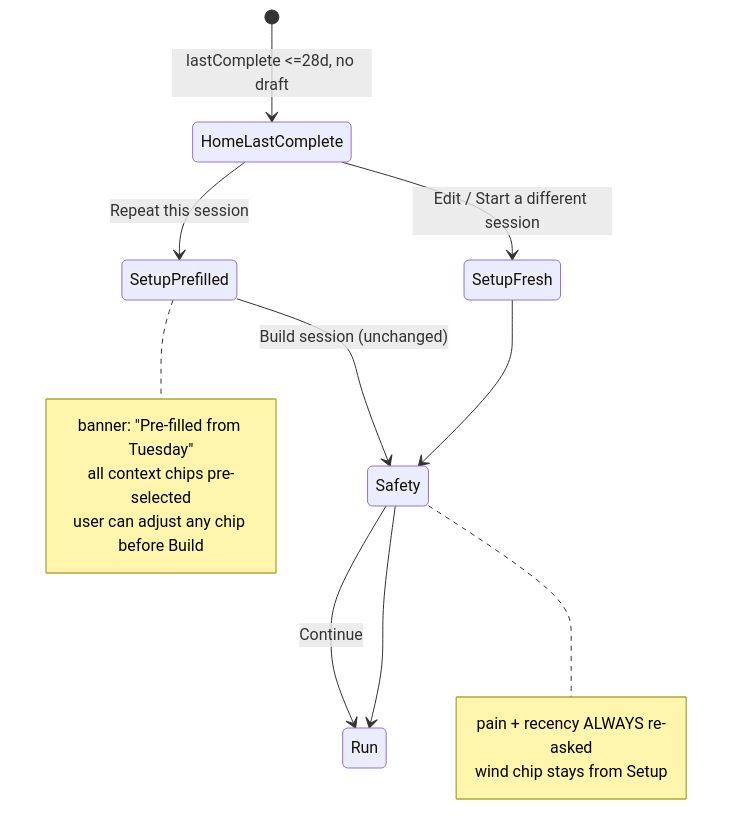
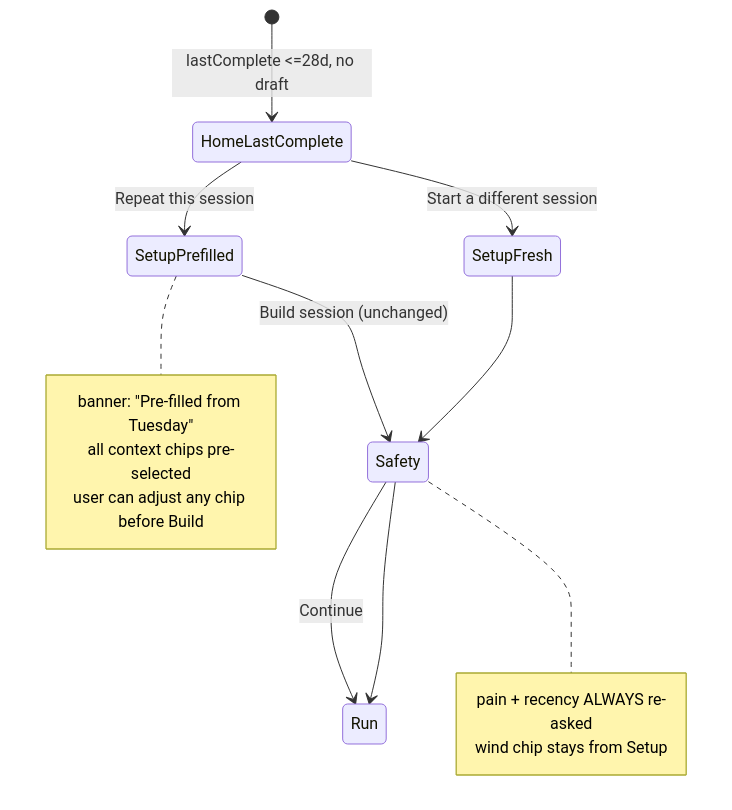
The third of 3 diagrams in docs/specs/m001-phase-c-ux-decisions.md (NickCorneau/volley_drills), drawn with Mermaid before and after one commit. The commit also changed other lines of this file and 158 other files, not shown here.

````diff
--- a/docs/specs/m001-phase-c-ux-decisions.md
+++ b/docs/specs/m001-phase-c-ux-decisions.md
@@ -389,22 +424,22 @@
 ```mermaid
 stateDiagram-v2
     [*] --> HomeLastComplete: lastComplete <=28d, no draft
     HomeLastComplete --> SetupPrefilled: Repeat this session
     SetupPrefilled --> Safety: Build session (unchanged)
     Safety --> Run: Continue
 
-    HomeLastComplete --> SetupFresh: Edit / Start a different session
+    HomeLastComplete --> SetupFresh: Start a different session
     SetupFresh --> Safety
     Safety --> Run
 
     note right of SetupPrefilled
         banner: "Pre-filled from Tuesday"
         all context chips pre-selected
         user can adjust any chip before Build
     end note
 
     note right of Safety
         pain + recency ALWAYS re-asked
         wind chip stays from Setup
     end note
 ```
````
